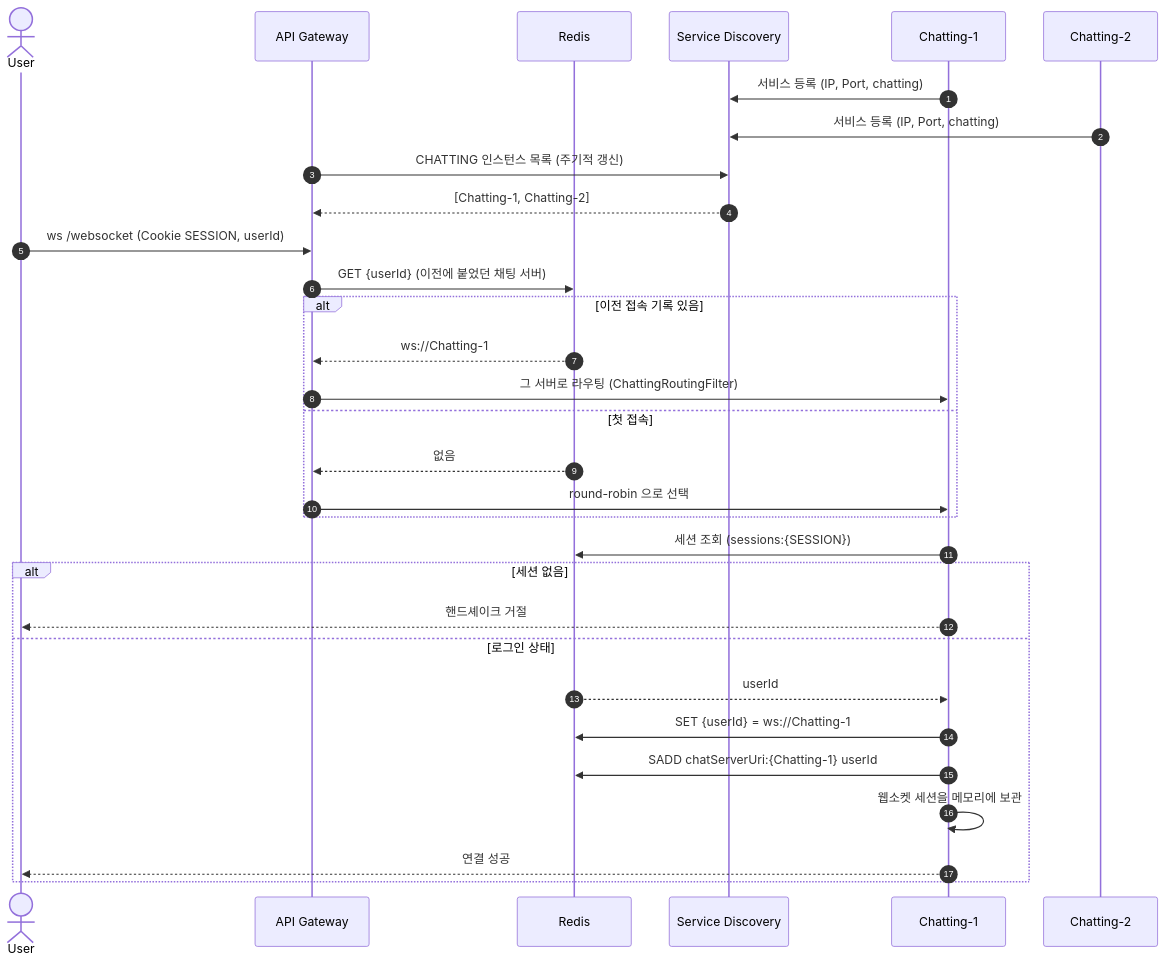
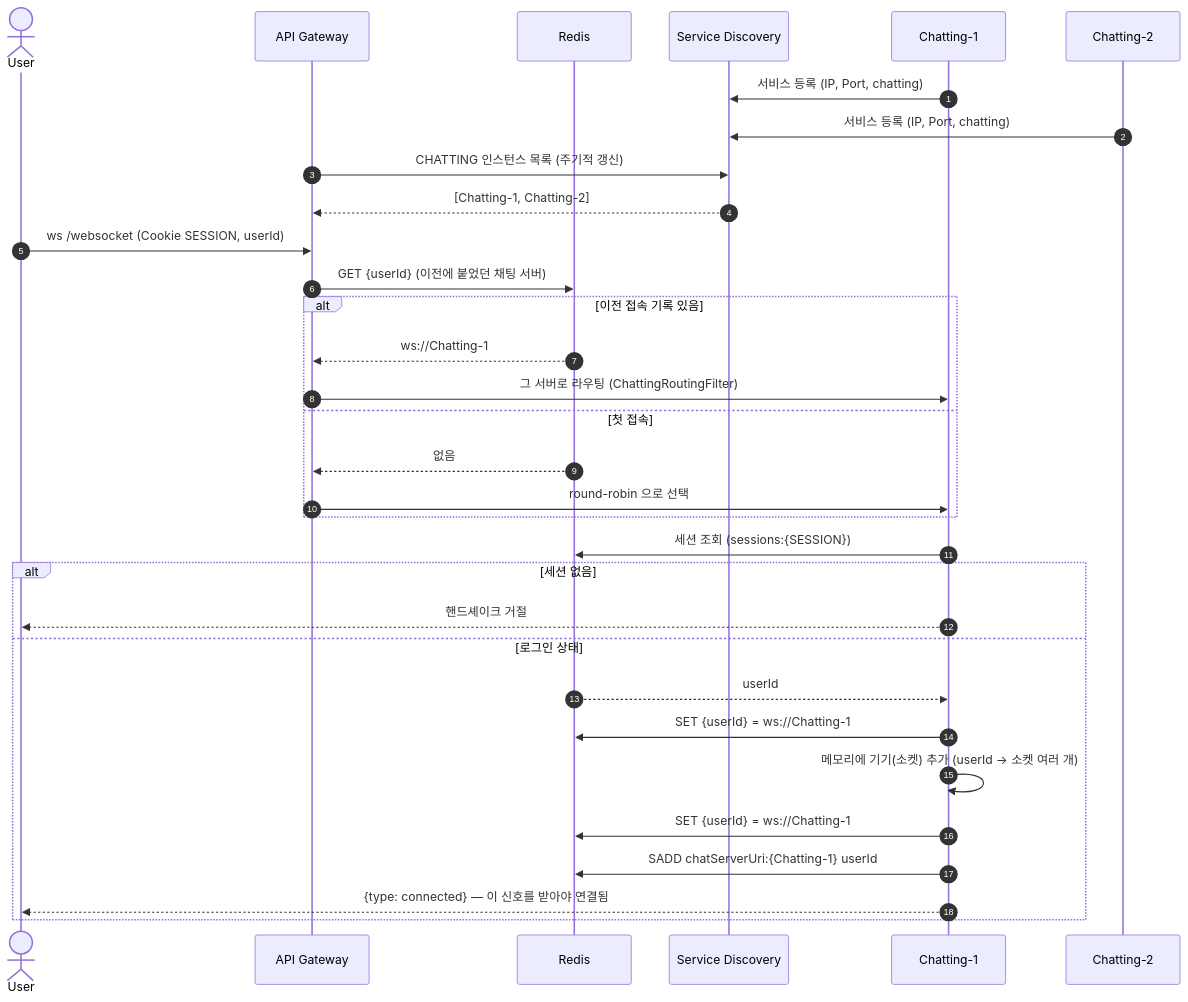
Before and after one commit to rotomoo/distributed-chat-system: the fourth of 7 diagrams in README.md, drawn with Mermaid. The commit also changed other lines of this file and 20 other files, not shown here.

````diff
--- a/README.md
+++ b/README.md
@@ -379,35 +380,36 @@
 ```mermaid
 sequenceDiagram
     autonumber
     actor U as User
     participant GW as API Gateway
     participant RD as Redis
     participant SD as Service Discovery
     participant C1 as Chatting-1
     participant C2 as Chatting-2
 
     C1->>SD: 서비스 등록 (IP, Port, chatting)
     C2->>SD: 서비스 등록 (IP, Port, chatting)
     GW->>SD: CHATTING 인스턴스 목록 (주기적 갱신)
     SD-->>GW: [Chatting-1, Chatting-2]
 
     U->>GW: ws /websocket (Cookie SESSION, userId)
     GW->>RD: GET {userId} (이전에 붙었던 채팅 서버)
     alt 이전 접속 기록 있음
         RD-->>GW: ws://Chatting-1
         GW->>C1: 그 서버로 라우팅 (ChattingRoutingFilter)
     else 첫 접속
         RD-->>GW: 없음
         GW->>C1: round-robin 으로 선택
     end
     C1->>RD: 세션 조회 (sessions:{SESSION})
     alt 세션 없음
         C1-->>U: 핸드셰이크 거절
     else 로그인 상태
         RD-->>C1: userId
         C1->>RD: SET {userId} = ws://Chatting-1
+        C1->>C1: 메모리에 기기(소켓) 추가 (userId → 소켓 여러 개)
+        C1->>RD: SET {userId} = ws://Chatting-1
         C1->>RD: SADD chatServerUri:{Chatting-1} userId
-        C1->>C1: 웹소켓 세션을 메모리에 보관
-        C1-->>U: 연결 성공
+        C1-->>U: {type: connected} — 이 신호를 받아야 연결됨
     end
 ```
````
